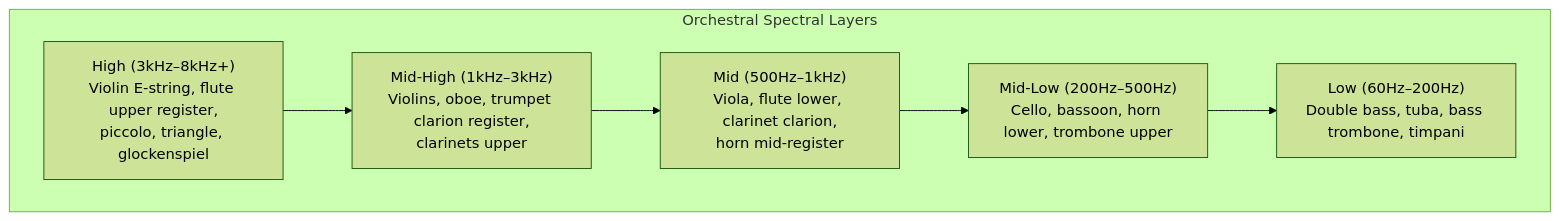
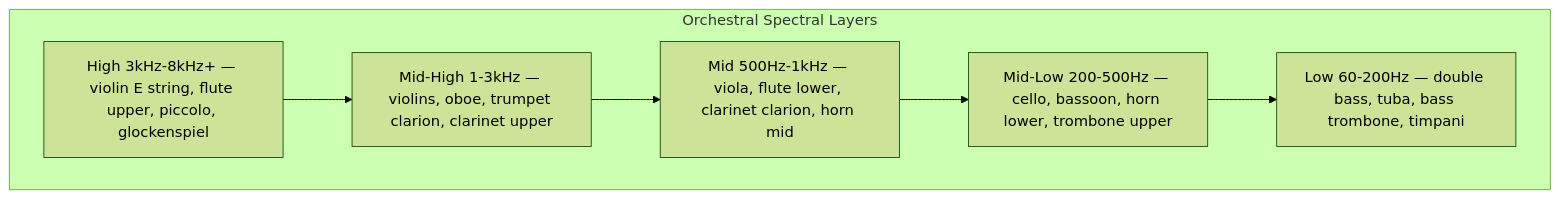
Before and after one commit to blebleblee/synapse: the fifth of 8 diagrams in topics/arts/composition/orchestration/lesson_03_instrument_specific_techniques.md, drawn with Mermaid (forest theme). The commit also changed other lines of this file and 4 other files, not shown here.

````diff
--- a/topics/arts/composition/orchestration/lesson_03_instrument_specific_techniques.md
+++ b/topics/arts/composition/orchestration/lesson_03_instrument_specific_techniques.md
@@ -253,12 +352,11 @@
 ```mermaid
 graph TD
-    subgraph sub_orchestral_spectral_layers ["Orchestral Spectral Layers"]
-        H["High (3kHz–8kHz+)\nViolin E-string, flute upper register,\npiccolо, triangle, glockenspiel"]
-        MH["Mid-High (1kHz–3kHz)\nViolins, oboe, trumpet clarion register,\nclarinets upper"]
-        M["Mid (500Hz–1kHz)\nViola, flute lower, clarinet clarion,\nhorn mid-register"]
-        ML["Mid-Low (200Hz–500Hz)\nCello, bassoon, horn lower, trombone upper"]
-        L["Low (60Hz–200Hz)\nDouble bass, tuba, bass trombone, timpani"]
+    subgraph sub_orchestral_spectral ["Orchestral Spectral Layers"]
+        H["High 3kHz-8kHz+ — violin E string, flute upper, piccolo, glockenspiel"]
+        MH["Mid-High 1-3kHz — violins, oboe, trumpet clarion, clarinet upper"]
+        M["Mid 500Hz-1kHz — viola, flute lower, clarinet clarion, horn mid"]
+        ML["Mid-Low 200-500Hz — cello, bassoon, horn lower, trombone upper"]
+        L["Low 60-200Hz — double bass, tuba, bass trombone, timpani"]
     end
-
     H --> MH --> M --> ML --> L
 ```
````
